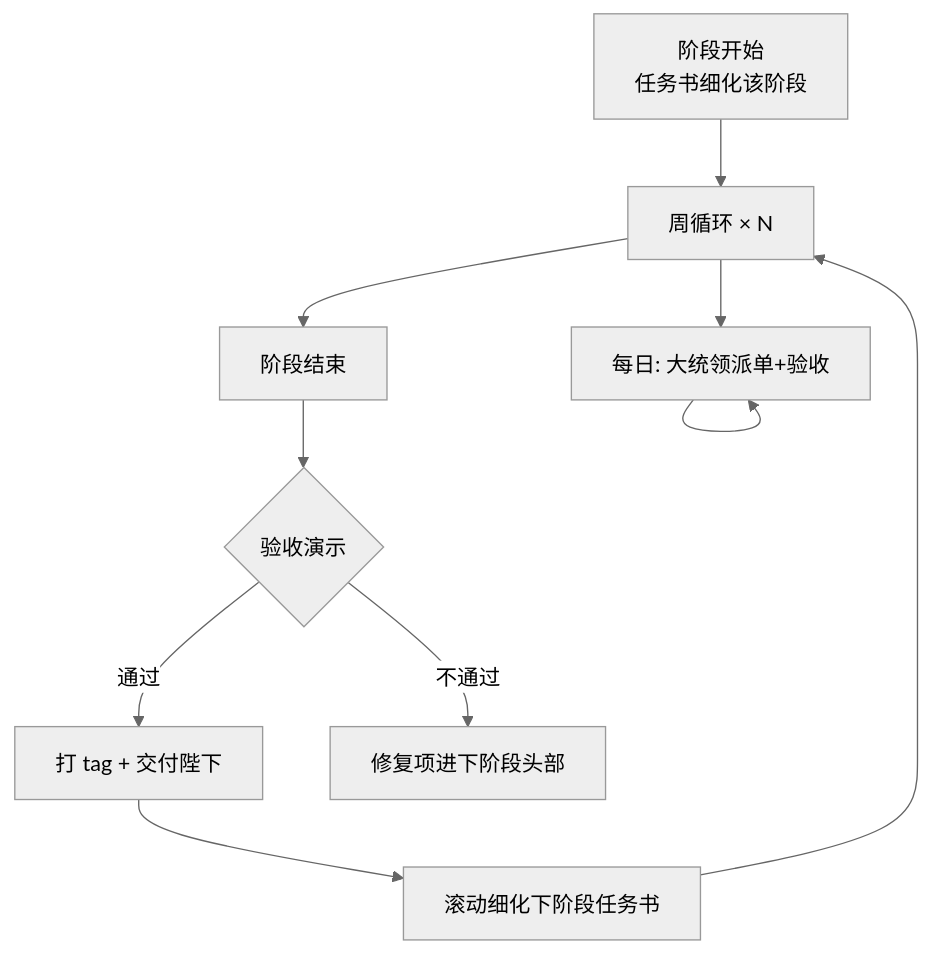
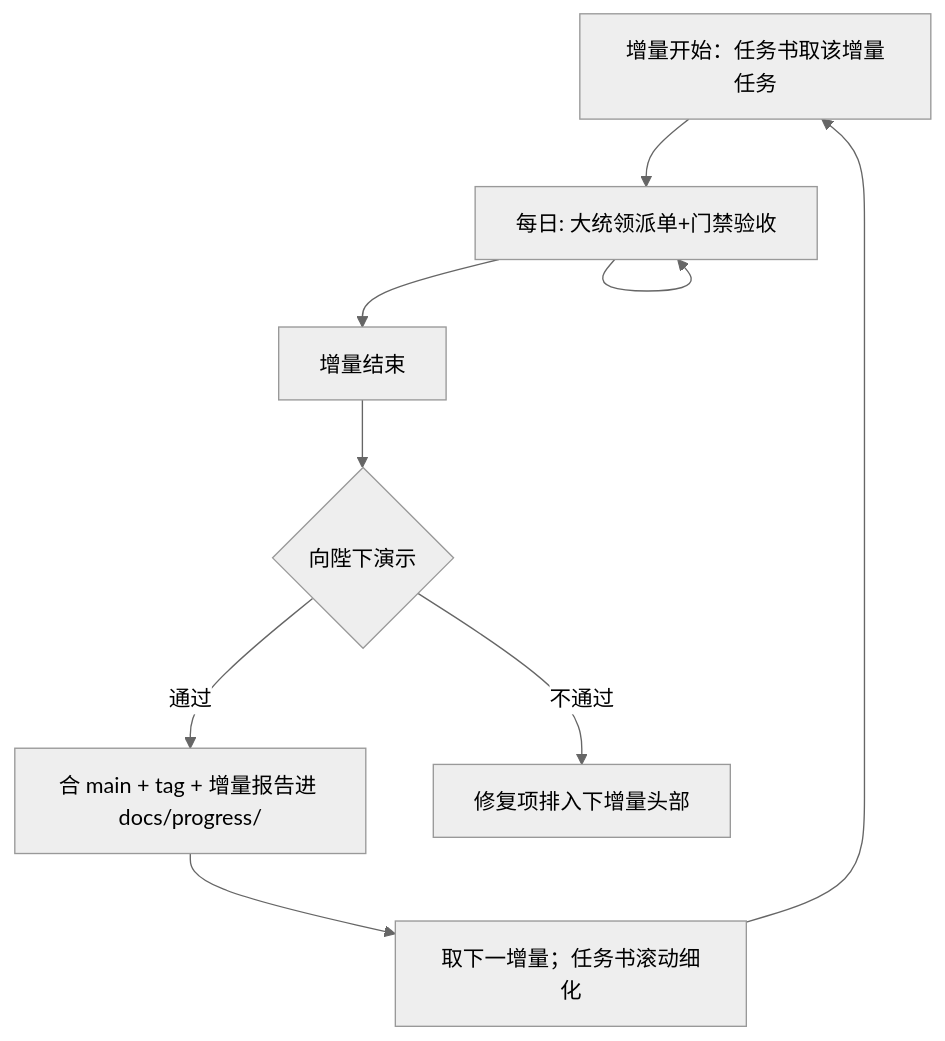
The third of 3 diagrams in docs/02-工作流.md (zhangbwgithub/MengPsyAssit), drawn with Mermaid (neutral theme) before and after one commit. The commit also changed other lines of this file and 4 other files, not shown here.

````diff
--- a/docs/02-工作流.md
+++ b/docs/02-工作流.md
@@ -151,12 +152,11 @@
 ```mermaid
 flowchart TD
-    S["阶段开始<br/>任务书细化该阶段"] --> W["周循环 × N"]
-    W --> D["每日: 大统领派单+验收"]
+    I["增量开始：任务书取该增量任务"] --> D["每日: 大统领派单+门禁验收"]
     D --> D
-    W --> E["阶段结束"]
-    E --> V{"验收演示"}
-    V -->|通过| TAG["打 tag + 交付陛下"]
-    V -->|不通过| FIX["修复项进下阶段头部"]
-    TAG --> S2["滚动细化下阶段任务书"]
-    S2 --> W
+    D --> E["增量结束"]
+    E --> V{"向陛下演示"}
+    V -->|通过| TAG["合 main + tag + 增量报告进 docs/progress/"]
+    V -->|不通过| FIX["修复项排入下增量头部"]
+    TAG --> NEXT["取下一增量；任务书滚动细化"]
+    NEXT --> I
 ```
````
